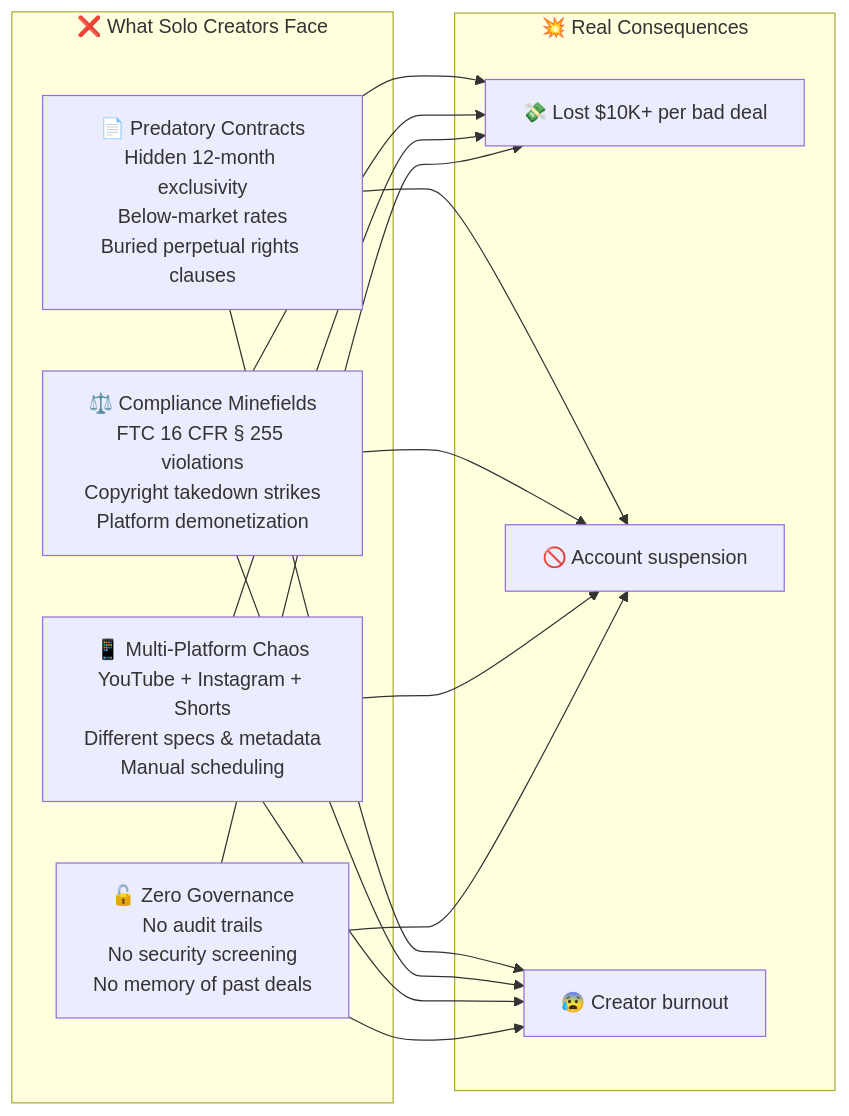
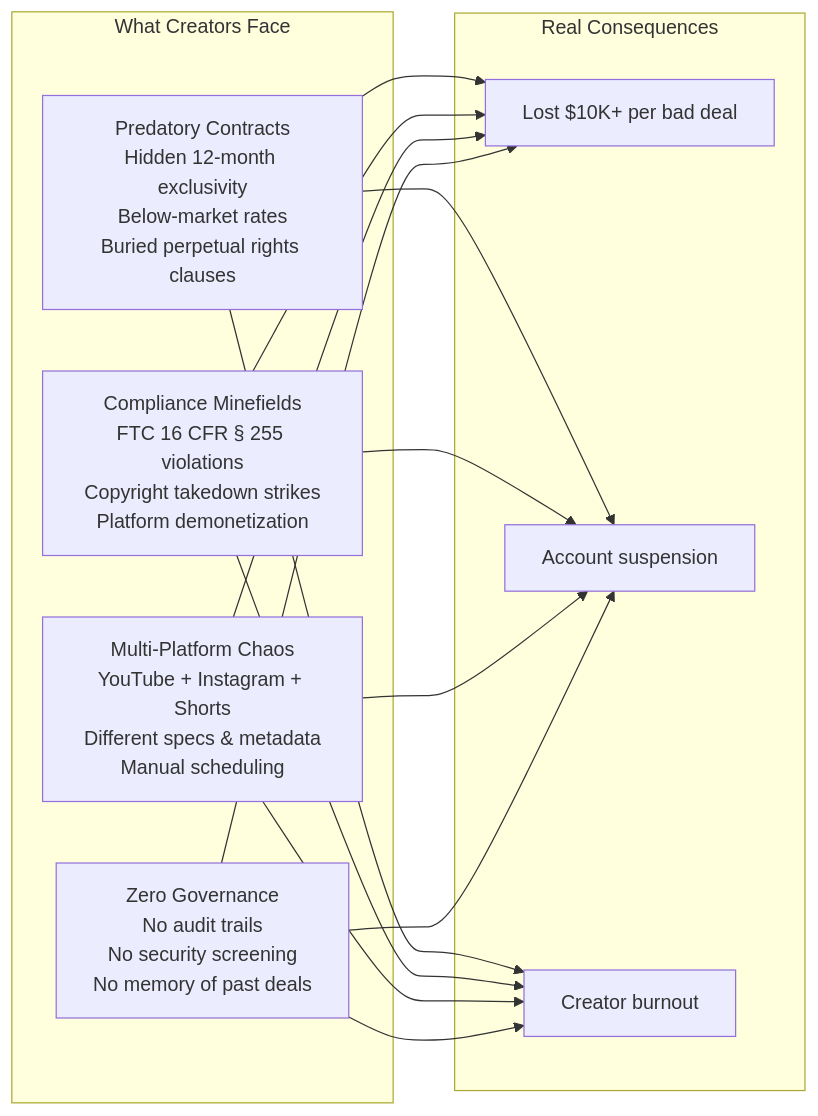
Before and after one commit to z-lovejeet/Crewmate: the first of 6 diagrams in README.md, drawn with Mermaid. The commit also changed other lines of this file and 2 other files, not shown here.

````diff
--- a/README.md
+++ b/README.md
@@ -55,17 +85,17 @@
 ```mermaid
 flowchart LR
-    subgraph RISKS["❌ What Solo Creators Face"]
-        R1["📄 Predatory Contracts\nHidden 12-month exclusivity\nBelow-market rates\nBuried perpetual rights clauses"]
-        R2["⚖️ Compliance Minefields\nFTC 16 CFR § 255 violations\nCopyright takedown strikes\nPlatform demonetization"]
-        R3["📱 Multi-Platform Chaos\nYouTube + Instagram + Shorts\nDifferent specs & metadata\nManual scheduling"]
-        R4["🔓 Zero Governance\nNo audit trails\nNo security screening\nNo memory of past deals"]
+    subgraph RISKS["What Creators Face"]
+        R1["Predatory Contracts\nHidden 12-month exclusivity\nBelow-market rates\nBuried perpetual rights clauses"]
+        R2["Compliance Minefields\nFTC 16 CFR § 255 violations\nCopyright takedown strikes\nPlatform demonetization"]
+        R3["Multi-Platform Chaos\nYouTube + Instagram + Shorts\nDifferent specs & metadata\nManual scheduling"]
+        R4["Zero Governance\nNo audit trails\nNo security screening\nNo memory of past deals"]
     end
 
-    subgraph IMPACT["💥 Real Consequences"]
-        I1["💸 Lost $10K+ per bad deal"]
-        I2["🚫 Account suspension"]
-        I3["😰 Creator burnout"]
+    subgraph IMPACT["Real Consequences"]
+        I1["Lost $10K+ per bad deal"]
+        I2["Account suspension"]
+        I3["Creator burnout"]
     end
 
     R1 & R2 & R3 & R4 --> I1 & I2 & I3
 ```
````
